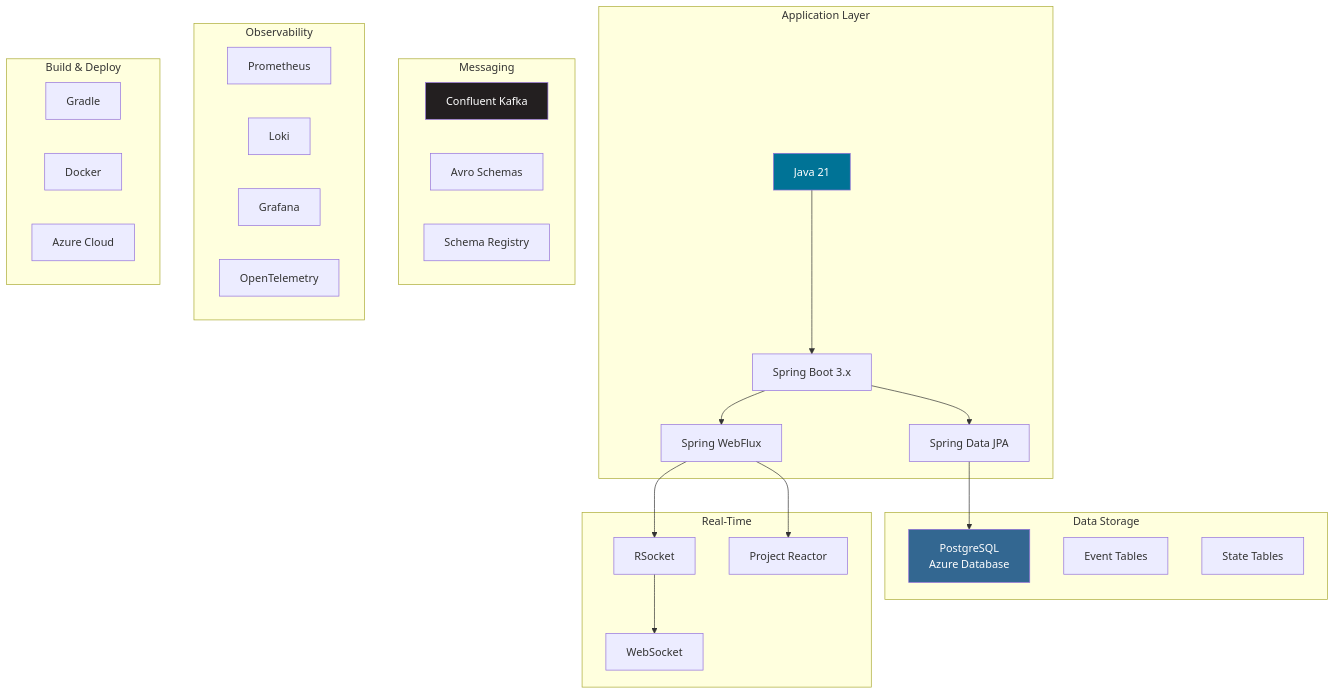
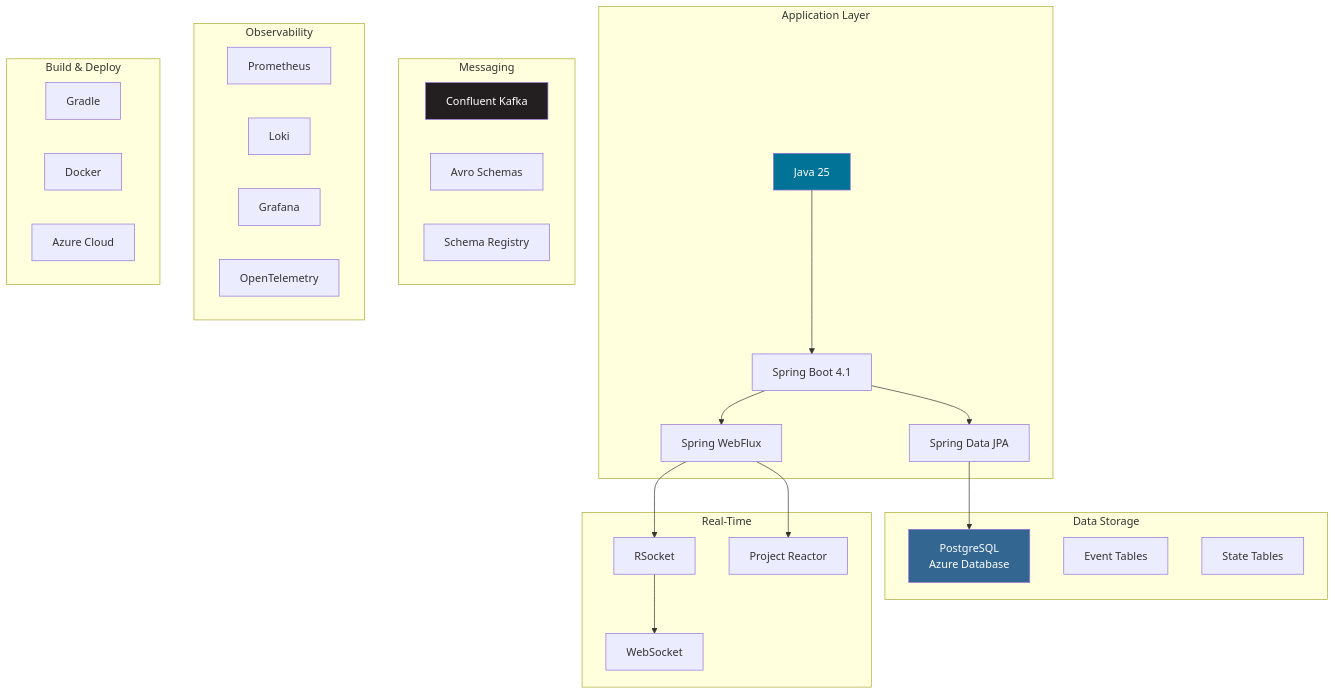
Diagram 21 of 25 in oms-core/docs/architecture-specification.md (tbaderts/oms), drawn with Mermaid before and after one commit. The commit also changed other lines of this file and 104 other files, not shown here.

Commit message:
architecture improvements

````diff
--- a/oms-core/docs/architecture-specification.md
+++ b/oms-core/docs/architecture-specification.md
@@ -933,52 +1020,52 @@
 ```mermaid
 graph TD
     subgraph "Application Layer"
-        JAVA[Java 21]
-        SB[Spring Boot 3.x]
+        JAVA[Java 25]
+        SB[Spring Boot 4.1]
         WF[Spring WebFlux]
         DATA[Spring Data JPA]
     end
     
     subgraph "Messaging"
         KAFKA[Confluent Kafka]
         AVRO[Avro Schemas]
         SR[Schema Registry]
     end
     
     subgraph "Data Storage"
         PG[PostgreSQL<br/>Azure Database]
         EVT_TBL[Event Tables]
         STATE_TBL[State Tables]
     end
     
     subgraph "Real-Time"
         RSOCKET[RSocket]
         WS[WebSocket]
         REACTOR[Project Reactor]
     end
     
     subgraph "Observability"
         PROM[Prometheus]
         LOKI[Loki]
         GRAFANA[Grafana]
         TRACE[OpenTelemetry]
     end
     
     subgraph "Build & Deploy"
         GRADLE[Gradle]
         DOCKER[Docker]
         AZURE[Azure Cloud]
     end
     
     JAVA --> SB
     SB --> WF
     SB --> DATA
     WF --> RSOCKET
     RSOCKET --> WS
     WF --> REACTOR
     DATA --> PG
     
     style JAVA fill:#007396,color:#FFF
     style KAFKA fill:#231F20,color:#FFF
     style PG fill:#336791,color:#FFF
 ```
````
